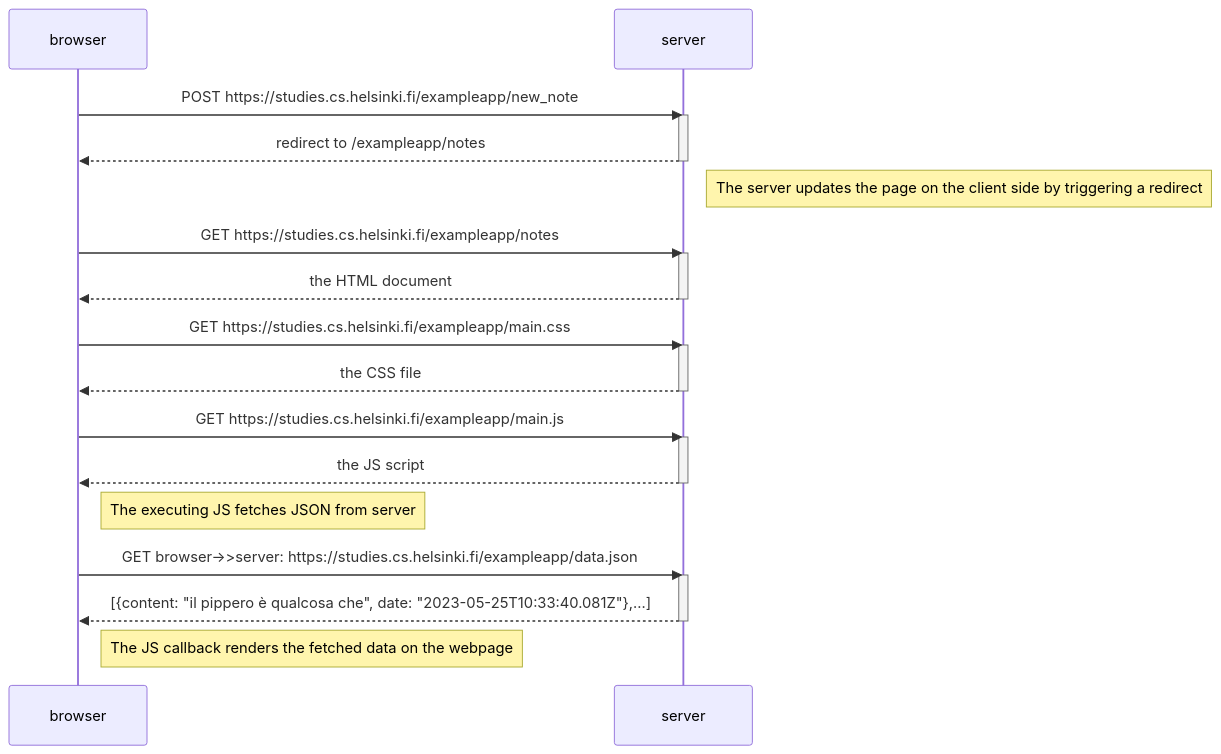
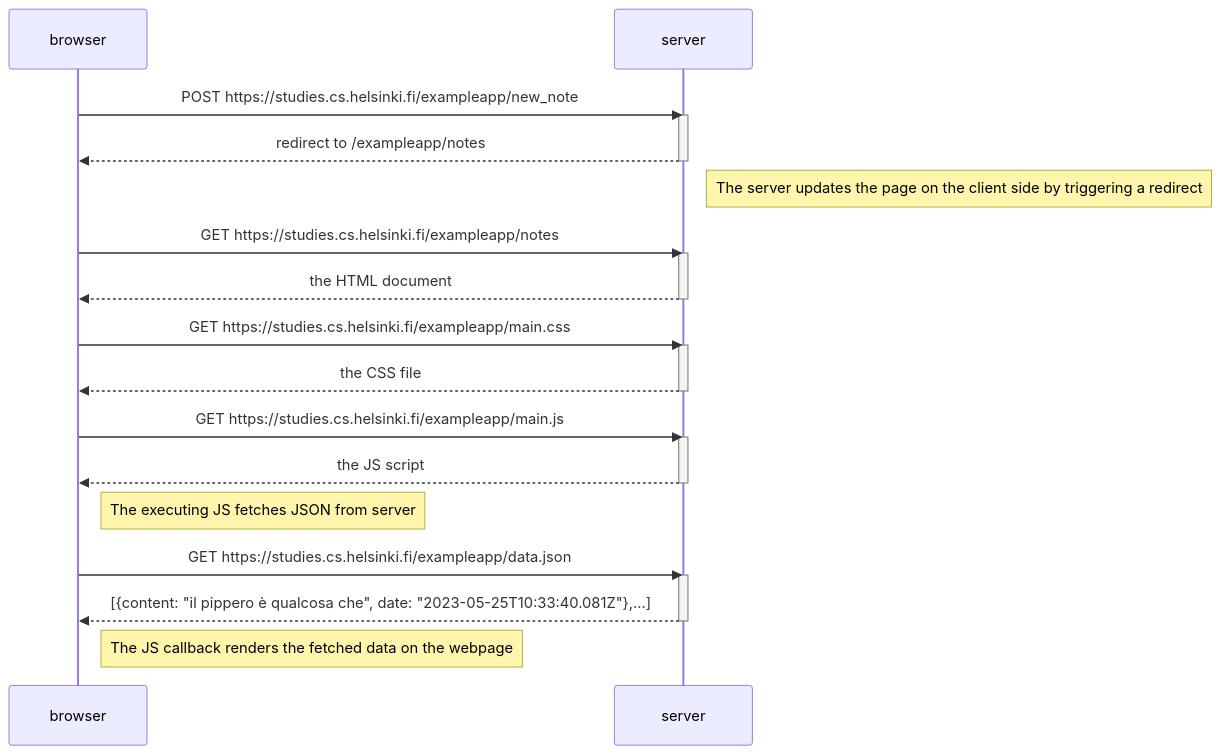
Before and after one commit to ani2796/fullstackopen-submission: the diagram in part0/0.4.sequence-diagram/sequence.md, drawn with Mermaid.

Commit message:
Added mermaid to the sequence diagram

````diff
--- a/part0/0.4.sequence-diagram/sequence.md
+++ b/part0/0.4.sequence-diagram/sequence.md
@@ -1,36 +1,36 @@
 ```mermaid
 sequenceDiagram  
     participant browser  
     participant server  
 
     browser->>server: POST https://studies.cs.helsinki.fi/exampleapp/new_note
     activate server
     server-->>browser: redirect to /exampleapp/notes
     deactivate server
 
     Note right of server: The server updates the page on the client side by triggering a redirect
 
     browser->>server: GET https://studies.cs.helsinki.fi/exampleapp/notes
     activate server
     server-->>browser: the HTML document
     deactivate server
 
     browser->>server: GET https://studies.cs.helsinki.fi/exampleapp/main.css
     activate server
     server-->>browser: the CSS file
     deactivate server
 
     browser->>server: GET https://studies.cs.helsinki.fi/exampleapp/main.js
     activate server
     server-->>browser: the JS script
     deactivate server
 
     Note right of browser: The executing JS fetches JSON from server
 
-    browser->>server: GET browser->>server: https://studies.cs.helsinki.fi/exampleapp/data.json
+    browser->>server: GET https://studies.cs.helsinki.fi/exampleapp/data.json
     activate server
     server-->>browser: [{content: "il pippero è qualcosa che", date: "2023-05-25T10:33:40.081Z"},…]
     deactivate server
 
     Note right of browser: The JS callback renders the fetched data on the webpage
 ```
````
